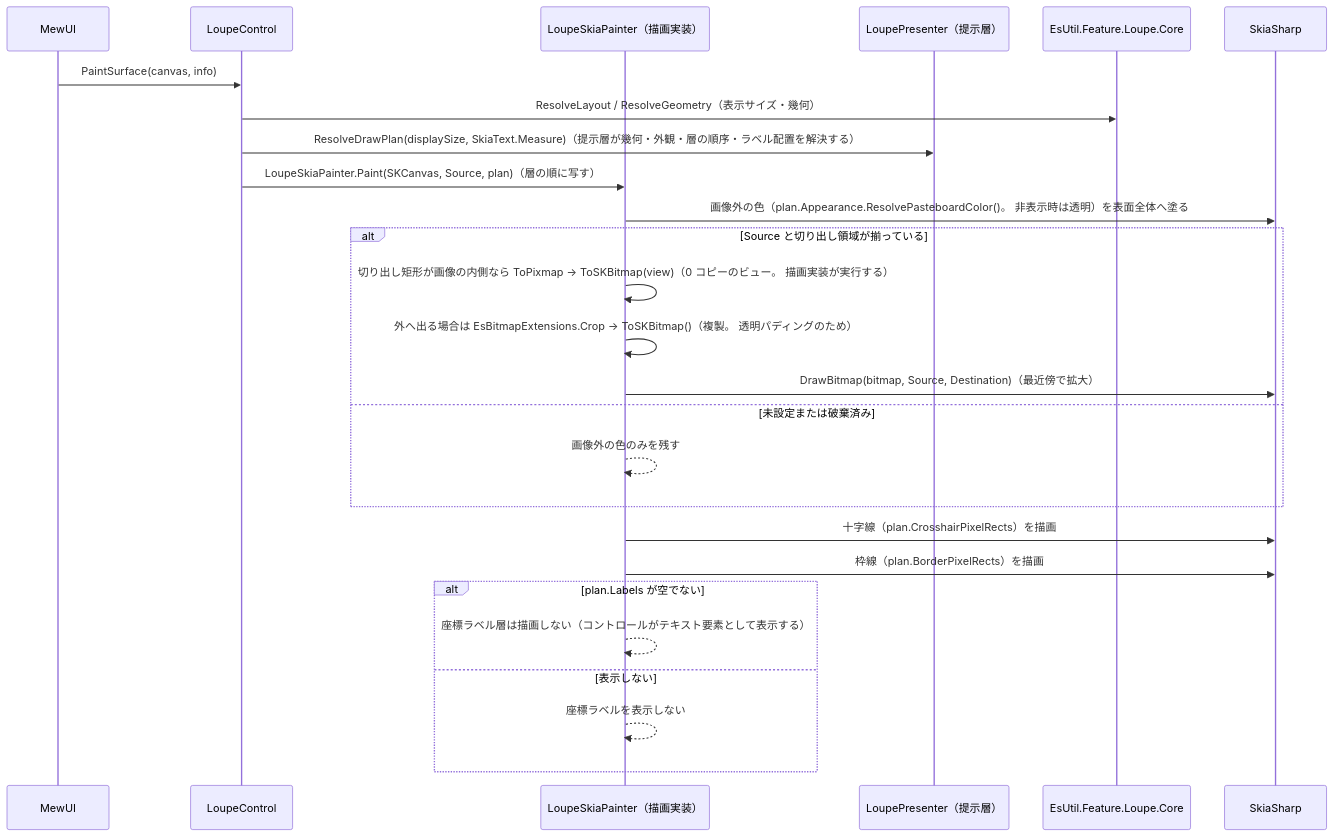
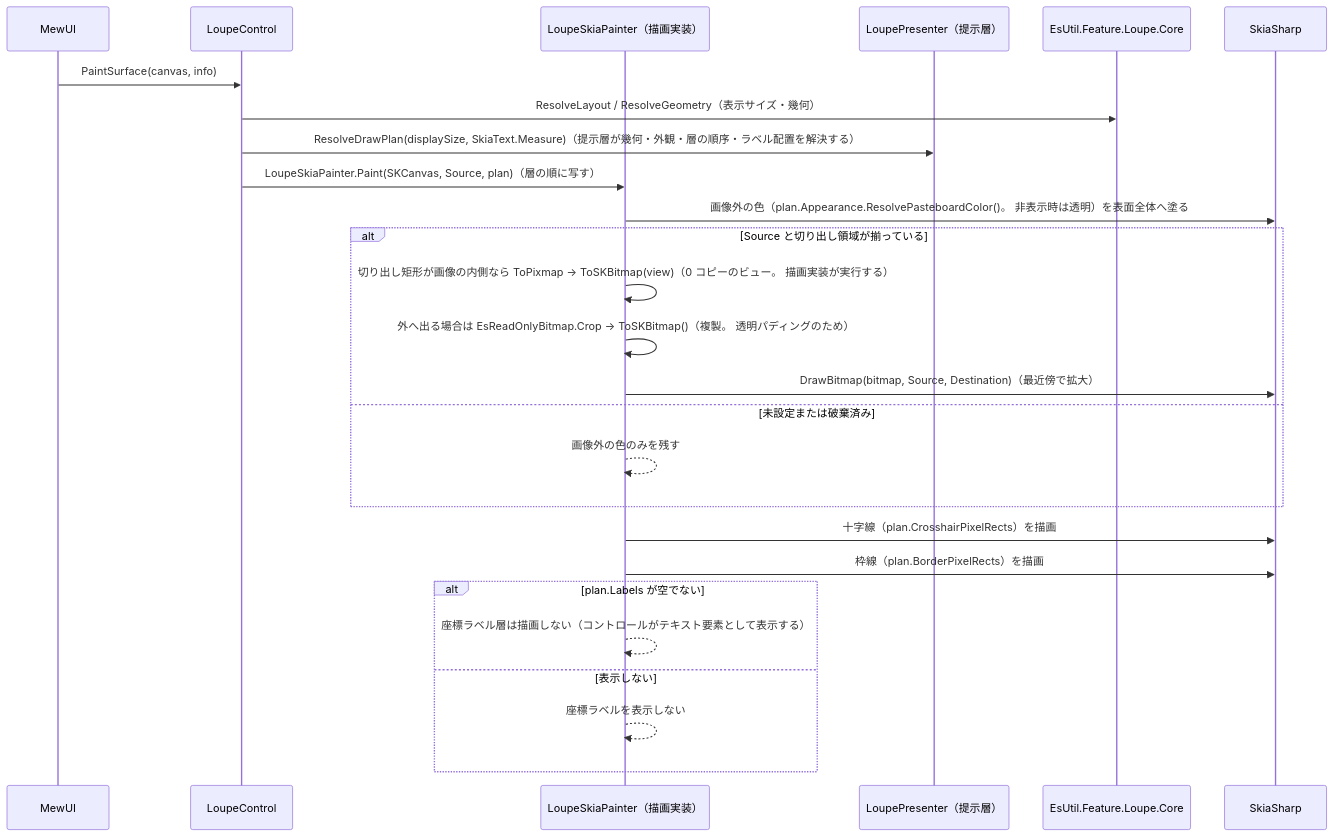
The second of 2 diagrams in src/EsUtil.Feature.Loupe.ControlMewUI/docs/SPEC_System.md (tomokuni/SaveEvidence), drawn with Mermaid before and after one commit. The commit also changed 33 other files, not shown here.

````diff
--- a/src/EsUtil.Feature.Loupe.ControlMewUI/docs/SPEC_System.md
+++ b/src/EsUtil.Feature.Loupe.ControlMewUI/docs/SPEC_System.md
@@ -218,29 +218,29 @@
 ```mermaid
 sequenceDiagram
     participant MW as MewUI
     participant LC as LoupeControl
     participant R as LoupeSkiaPainter（描画実装）
     participant P as LoupePresenter（提示層）
     participant C as EsUtil.Feature.Loupe.Core
     participant SK as SkiaSharp
 
     MW->>LC: PaintSurface(canvas, info)
     LC->>C: ResolveLayout / ResolveGeometry（表示サイズ・幾何）
     LC->>P: ResolveDrawPlan(displaySize, SkiaText.Measure)（提示層が幾何・外観・層の順序・ラベル配置を解決する）
     LC->>R: LoupeSkiaPainter.Paint(SKCanvas, Source, plan)（層の順に写す）
     R->>SK: 画像外の色（plan.Appearance.ResolvePasteboardColor()。 非表示時は透明）を表面全体へ塗る
     alt Source と切り出し領域が揃っている
         R->>R: 切り出し矩形が画像の内側なら ToPixmap → ToSKBitmap(view)（0 コピーのビュー。 描画実装が実行する）
-        R->>R: 外へ出る場合は EsBitmapExtensions.Crop → ToSKBitmap()（複製。 透明パディングのため）
+        R->>R: 外へ出る場合は EsReadOnlyBitmap.Crop → ToSKBitmap()（複製。 透明パディングのため）
         R->>SK: DrawBitmap(bitmap, Source, Destination)（最近傍で拡大）
     else 未設定または破棄済み
         R-->>R: 画像外の色のみを残す
     end
     R->>SK: 十字線（plan.CrosshairPixelRects）を描画
     R->>SK: 枠線（plan.BorderPixelRects）を描画
     alt plan.Labels が空でない
         R-->>R: 座標ラベル層は描画しない（コントロールがテキスト要素として表示する）
     else 表示しない
         R-->>R: 座標ラベルを表示しない
     end
 ```
````
